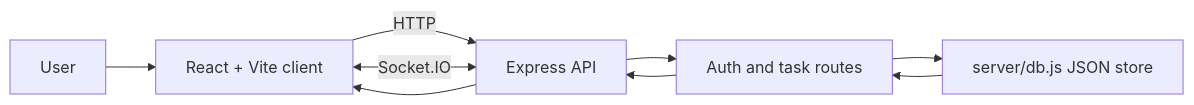
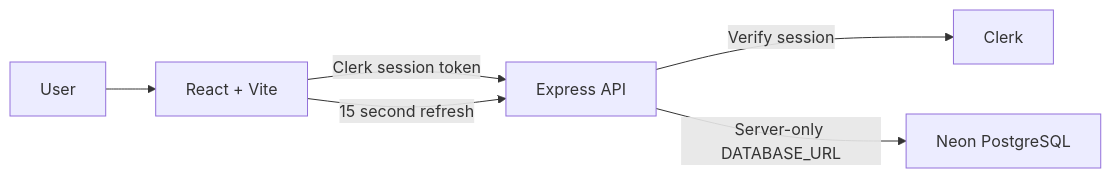
Before and after one commit to kalyan870/task-manager: the diagram in README.md, drawn with Mermaid. The commit also changed other lines of this file and 26 other files, not shown here.

Commit message:
Add Clerk auth and Neon task storage

````diff
--- a/README.md
+++ b/README.md
@@ -13,9 +7,8 @@
 ```mermaid
 flowchart LR
-  U[User] --> C[React + Vite client]
-  C -->|HTTP| A[Express API]
-  C <-->|Socket.IO| A
-  A --> R[Auth and task routes]
-  R --> D[server/db.js JSON store]
-  D --> R --> A --> C
+  U[User] --> UI[React + Vite]
+  UI -->|Clerk session token| API[Express API]
+  API -->|Verify session| C[Clerk]
+  API -->|Server-only DATABASE_URL| N[Neon PostgreSQL]
+  UI -->|15 second refresh| API
 ```
````
